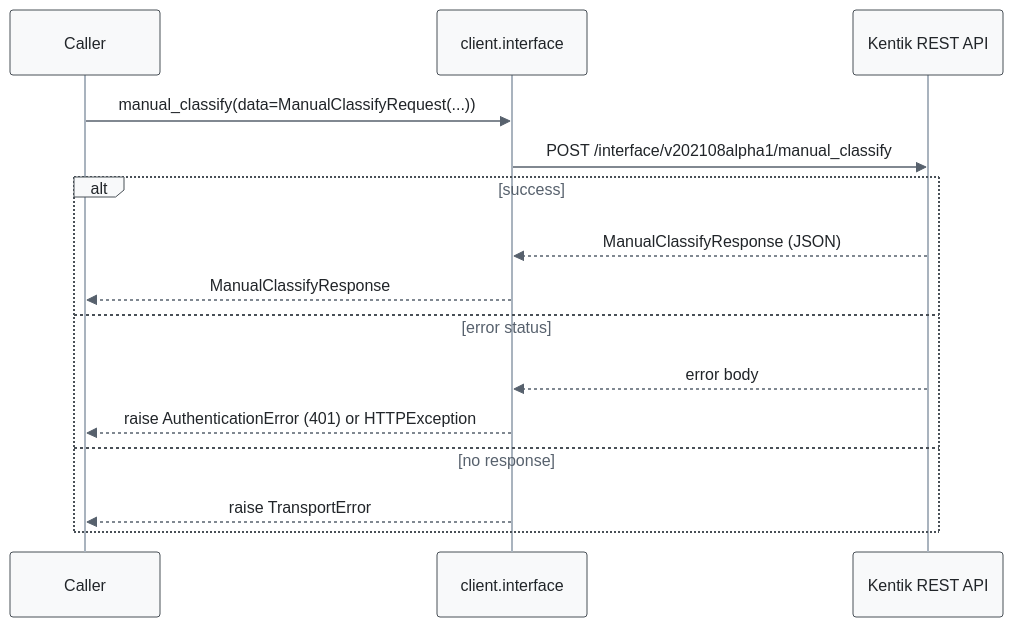
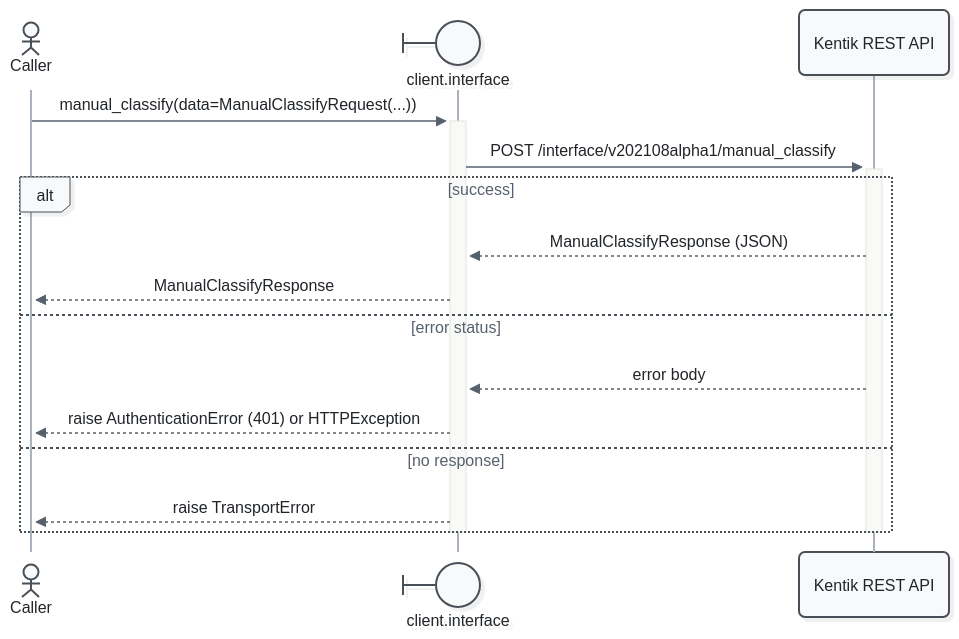
One commit to alexdearaujo/community_sdk_python changed diagram 11 of 13 in docs/sphinx/services/interface.md. Above: the diagram before and after it, drawn with Mermaid. The commit also changed other lines of this file and 52 other files, not shown here.

First line of the commit message:
docs: Mermaid 12 sequence diagrams with participant types and path colors

````diff
--- a/docs/sphinx/services/interface.md
+++ b/docs/sphinx/services/interface.md
@@ -431,19 +456,21 @@
 ```mermaid
-%%{init: {"theme": "base", "fontFamily": "ui-monospace, SFMono-Regular, Menlo, monospace", "themeVariables": {"fontFamily": "ui-monospace, SFMono-Regular, Menlo, monospace", "primaryColor": "#f8f9fa", "primaryBorderColor": "#495057", "primaryTextColor": "#212529", "textColor": "#212529", "lineColor": "#77818c", "edgeLabelBackground": "#ffffff", "actorBkg": "#f8f9fa", "actorBorder": "#495057", "actorTextColor": "#212529", "actorLineColor": "#a9b3be", "signalColor": "#57616d", "signalTextColor": "#212529", "labelBoxBkgColor": "#f8f9fa", "labelBoxBorderColor": "#495057", "labelTextColor": "#212529", "loopTextColor": "#57616d", "noteBkgColor": "#fff9db", "noteBorderColor": "#f08c00", "noteTextColor": "#a35a00"}, "flowchart": {"curve": "step", "nodeSpacing": 30, "rankSpacing": 70, "wrappingWidth": 400}}}%%
+%%{init: {"theme": "redux", "look": "neo", "layout": "dagre", "fontFamily": "ui-monospace, SFMono-Regular, Menlo, monospace", "themeVariables": {"fontFamily": "ui-monospace, SFMono-Regular, Menlo, monospace", "primaryColor": "#f8f9fa", "primaryBorderColor": "#495057", "primaryTextColor": "#212529", "textColor": "#212529", "lineColor": "#77818c", "edgeLabelBackground": "#ffffff", "actorBkg": "#f8f9fa", "actorBorder": "#495057", "actorTextColor": "#212529", "actorLineColor": "#a9b3be", "signalColor": "#57616d", "signalTextColor": "#212529", "labelBoxBkgColor": "#f8f9fa", "labelBoxBorderColor": "#495057", "labelTextColor": "#212529", "loopTextColor": "#57616d", "noteBkgColor": "#fff9db", "noteBorderColor": "#f08c00", "noteTextColor": "#a35a00"}, "sequence": {"activationWidth": 16}, "flowchart": {"curve": "step", "nodeSpacing": 30, "rankSpacing": 70, "wrappingWidth": 400}}}%%
 sequenceDiagram
-    participant C as Caller
-    participant W as client.interface
+    actor C as Caller
+    participant W@{ "type": "boundary" } as client.interface
     participant API as Kentik REST API
 
-    C->>W: manual_classify(data=ManualClassifyRequest(...))
-    W->>API: POST /interface/v202108alpha1/manual_classify
+    C->>+W: manual_classify(data=ManualClassifyRequest(...))
+    W->>+API: POST /interface/v202108alpha1/manual_classify
     alt success
         API-->>W: ManualClassifyResponse (JSON)
         W-->>C: ManualClassifyResponse
     else error status
         API-->>W: error body
         W-->>C: raise AuthenticationError (401) or HTTPException
     else no response
         W-->>C: raise TransportError
     end
+    deactivate API
+    deactivate W
 ```
````
